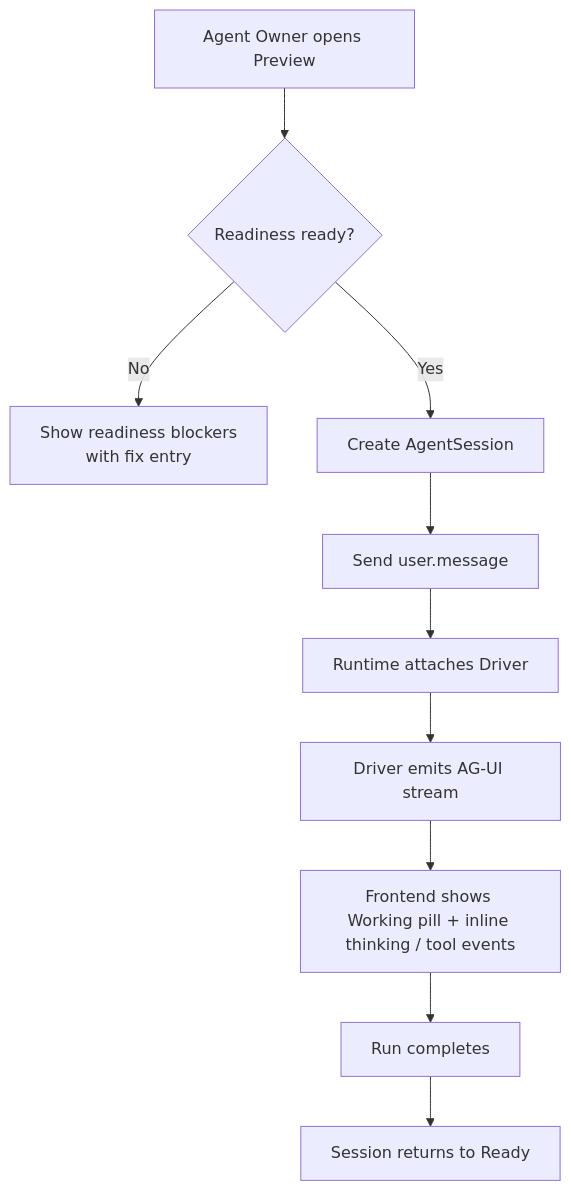
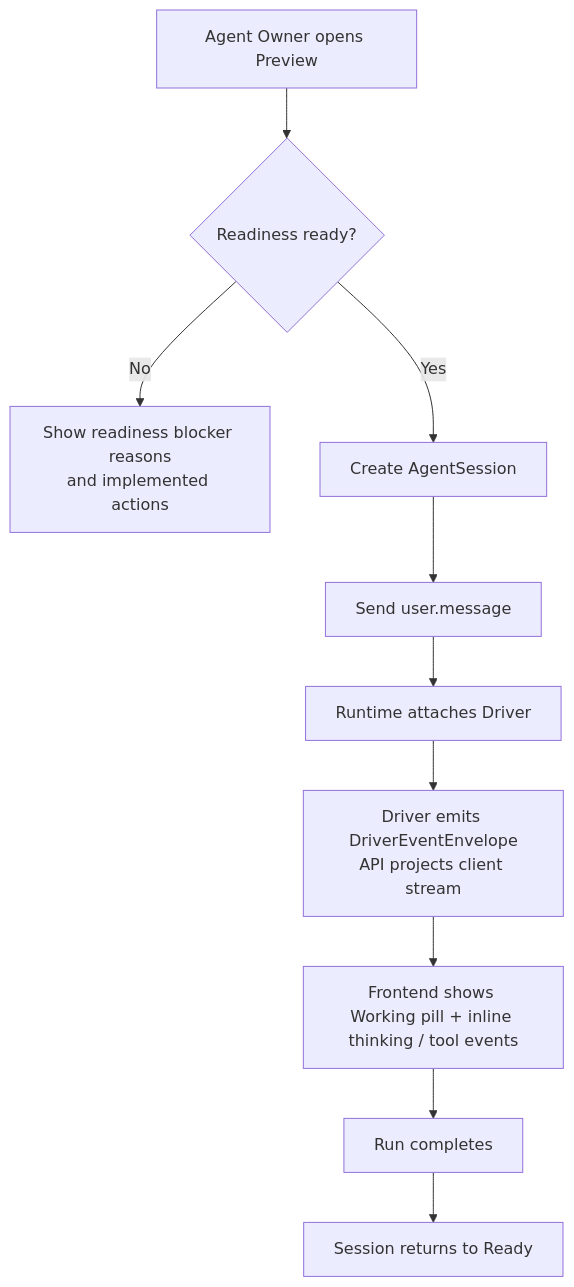
Before and after one commit to langgenius/mosoo: the fourth of 5 diagrams in docs/prd/runtime-session-kernel.md, drawn with Mermaid. The commit also changed other lines of this file and 66 other files, not shown here.

````diff
--- a/docs/prd/runtime-session-kernel.md
+++ b/docs/prd/runtime-session-kernel.md
@@ -157,12 +169,12 @@
 ```mermaid
 flowchart TD
   A["Agent Owner opens Preview"] --> B{"Readiness ready?"}
-  B -->|No| C["Show readiness blockers<br/>with fix entry"]
+  B -->|No| C["Show readiness blocker reasons<br/>and implemented actions"]
   B -->|Yes| D["Create AgentSession"]
   D --> E["Send user.message"]
   E --> F["Runtime attaches Driver"]
-  F --> G["Driver emits AG-UI stream"]
+  F --> G["Driver emits DriverEventEnvelope<br/>API projects client stream"]
   G --> H["Frontend shows Working pill + inline thinking / tool events"]
   H --> I["Run completes"]
   I --> J["Session returns to Ready"]
 ```
````
